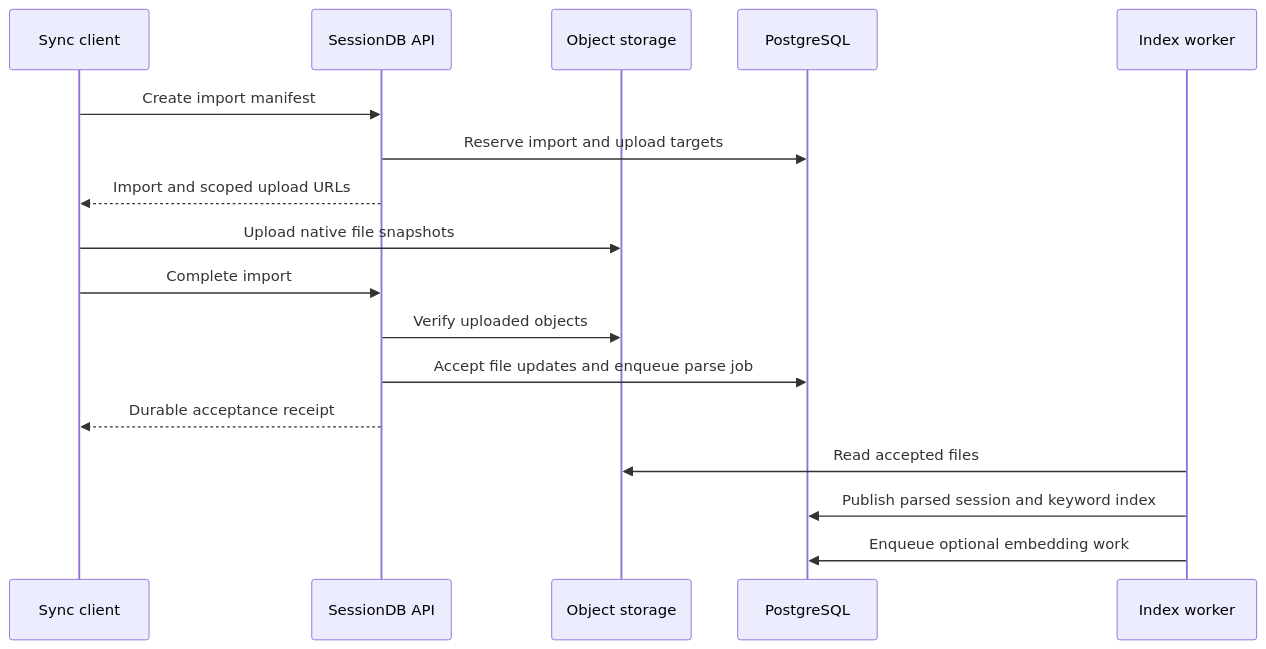
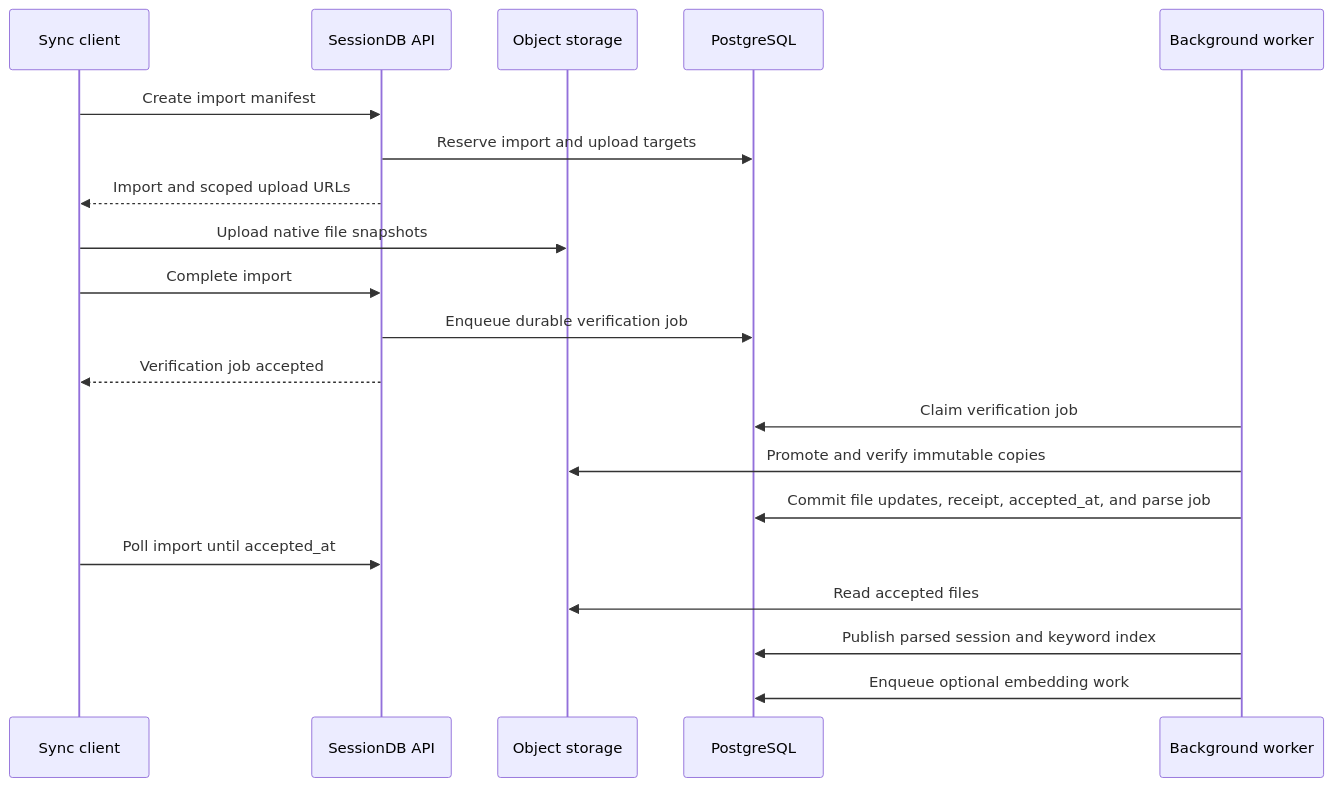
The second of 2 diagrams in docs/architecture.md (mitchwolfe1/sessiondb), drawn with Mermaid before and after one commit. The commit also changed other lines of this file and 53 other files, not shown here.

````diff
--- a/docs/architecture.md
+++ b/docs/architecture.md
@@ -65,19 +58,22 @@
 ```mermaid
 sequenceDiagram
     participant C as Sync client
     participant A as SessionDB API
     participant S as Object storage
     participant P as PostgreSQL
-    participant W as Index worker
+    participant W as Background worker
     C->>A: Create import manifest
     A->>P: Reserve import and upload targets
     A-->>C: Import and scoped upload URLs
     C->>S: Upload native file snapshots
     C->>A: Complete import
-    A->>S: Verify uploaded objects
-    A->>P: Accept file updates and enqueue parse job
-    A-->>C: Durable acceptance receipt
+    A->>P: Enqueue durable verification job
+    A-->>C: Verification job accepted
+    W->>P: Claim verification job
+    W->>S: Promote and verify immutable copies
+    W->>P: Commit file updates, receipt, accepted_at, and parse job
+    C->>A: Poll import until accepted_at
     W->>S: Read accepted files
     W->>P: Publish parsed session and keyword index
     W->>P: Enqueue optional embedding work
 ```
````
